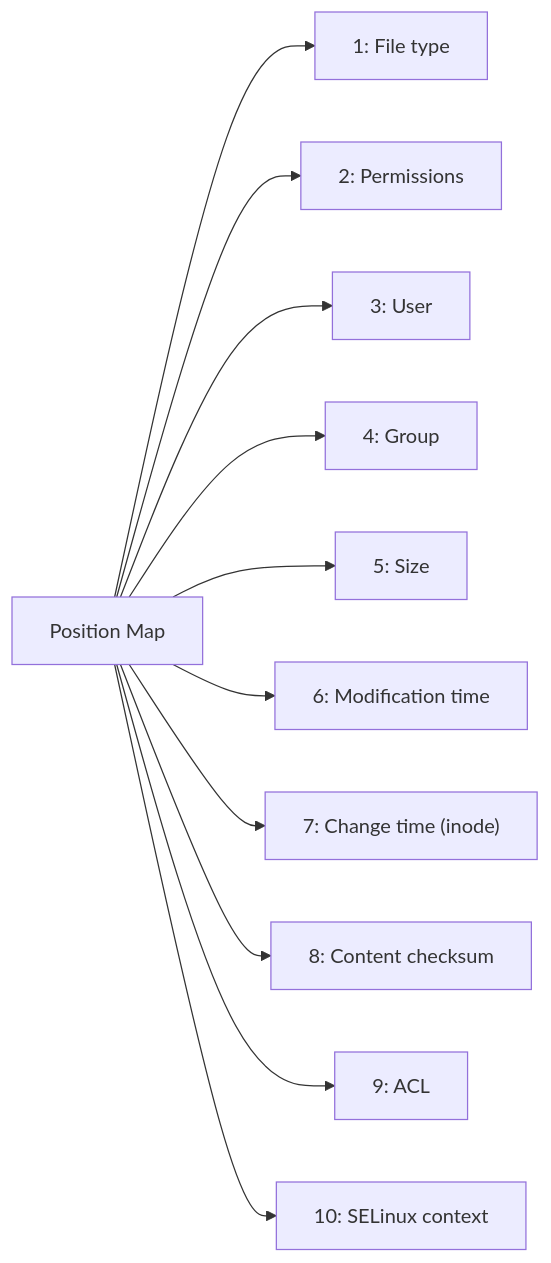
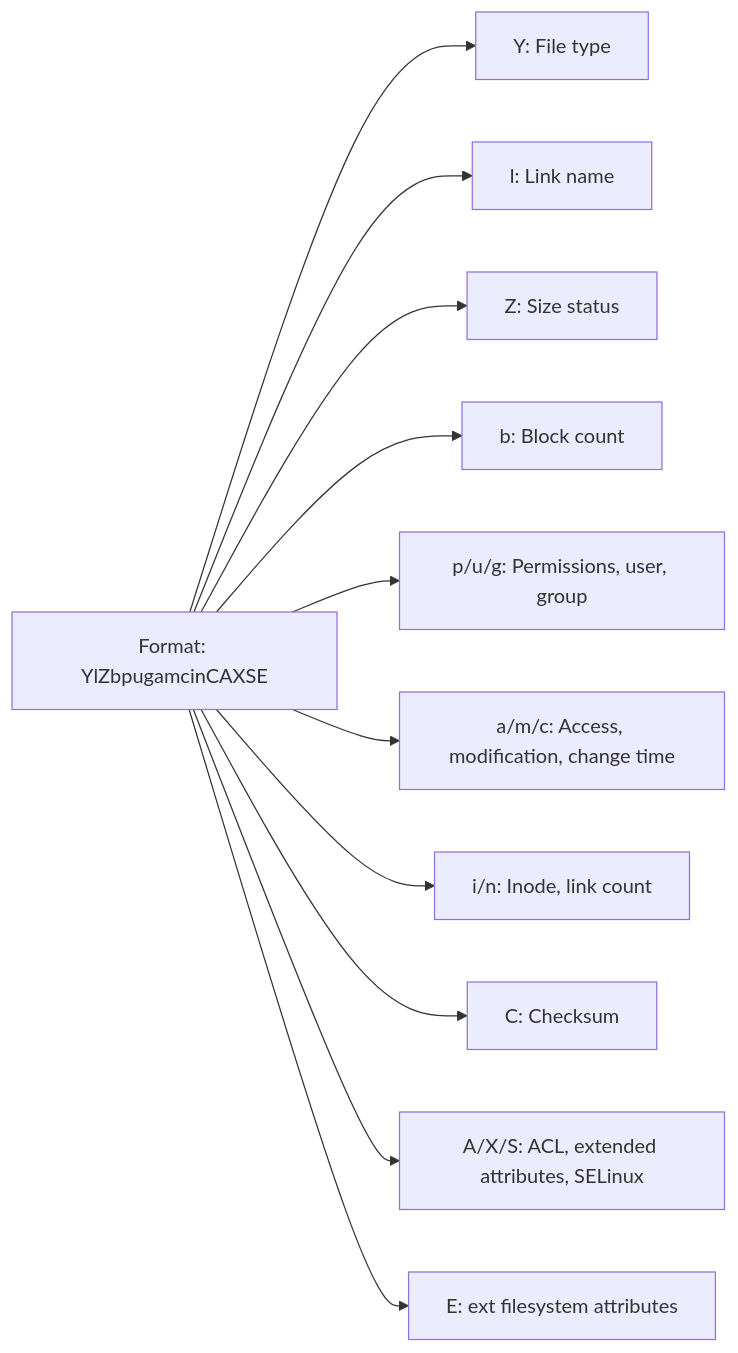
The first of 2 diagrams in posts/2026-03-04-interpret-aide-file-change-reports-rhel-9/README.md (OneUptime/blog), drawn with Mermaid before and after one commit. The commit also changed other lines of this file and 2 other files, not shown here.

````diff
--- a/posts/2026-03-04-interpret-aide-file-change-reports-rhel-9/README.md
+++ b/posts/2026-03-04-interpret-aide-file-change-reports-rhel-9/README.md
@@ -107,13 +108,13 @@
 ```mermaid
 flowchart LR
-    A["Position Map"] --> B["1: File type"]
-    A --> C["2: Permissions"]
-    A --> D["3: User"]
-    A --> E["4: Group"]
-    A --> F["5: Size"]
-    A --> G["6: Modification time"]
-    A --> H["7: Change time (inode)"]
-    A --> I["8: Content checksum"]
-    A --> J["9: ACL"]
-    A --> K["10: SELinux context"]
+    A["Format: YlZbpugamcinCAXSE"] --> B["Y: File type"]
+    A --> C["l: Link name"]
+    A --> D["Z: Size status"]
+    A --> E["b: Block count"]
+    A --> F["p/u/g: Permissions, user, group"]
+    A --> G["a/m/c: Access, modification, change time"]
+    A --> H["i/n: Inode, link count"]
+    A --> I["C: Checksum"]
+    A --> J["A/X/S: ACL, extended attributes, SELinux"]
+    A --> K["E: ext filesystem attributes"]
 ```
````
